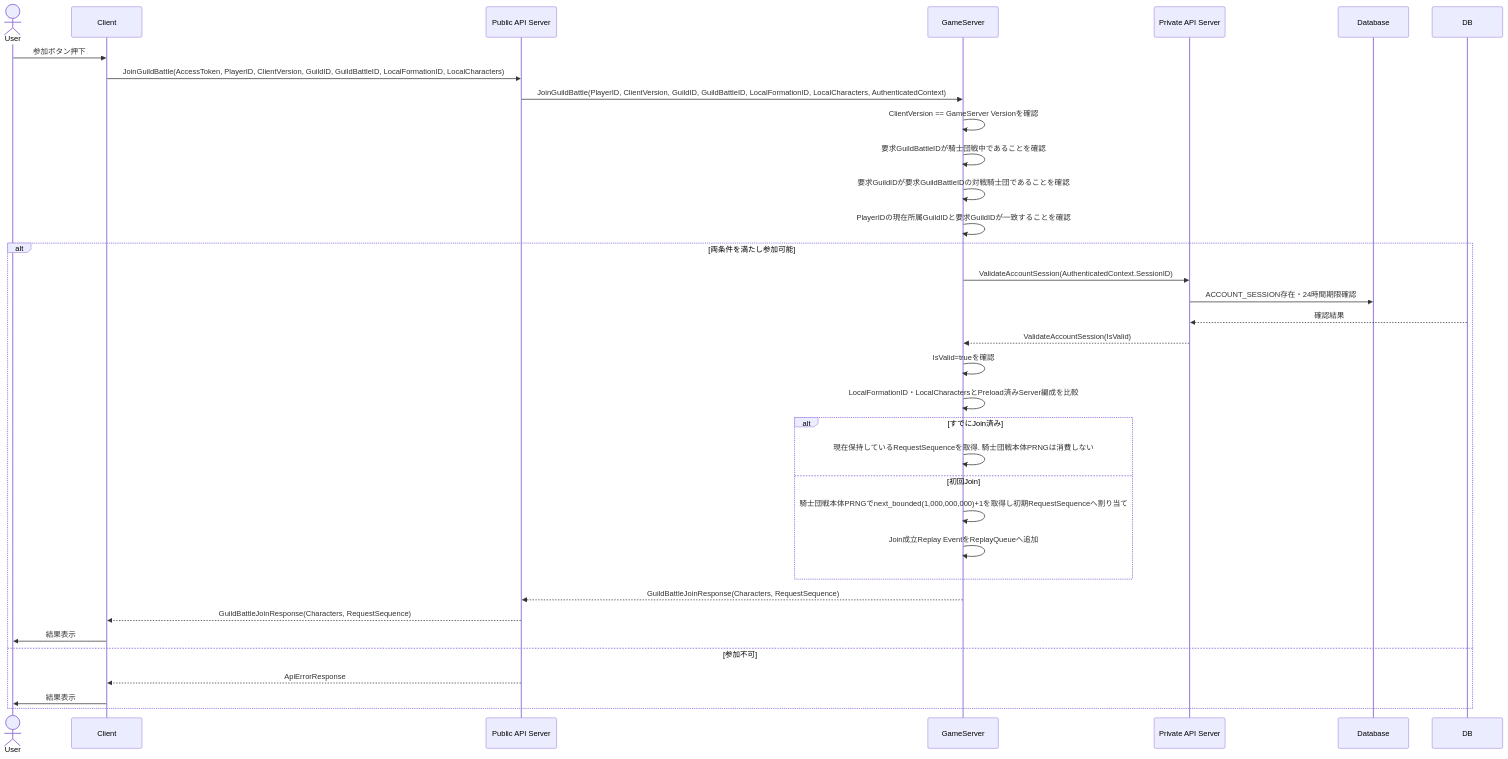
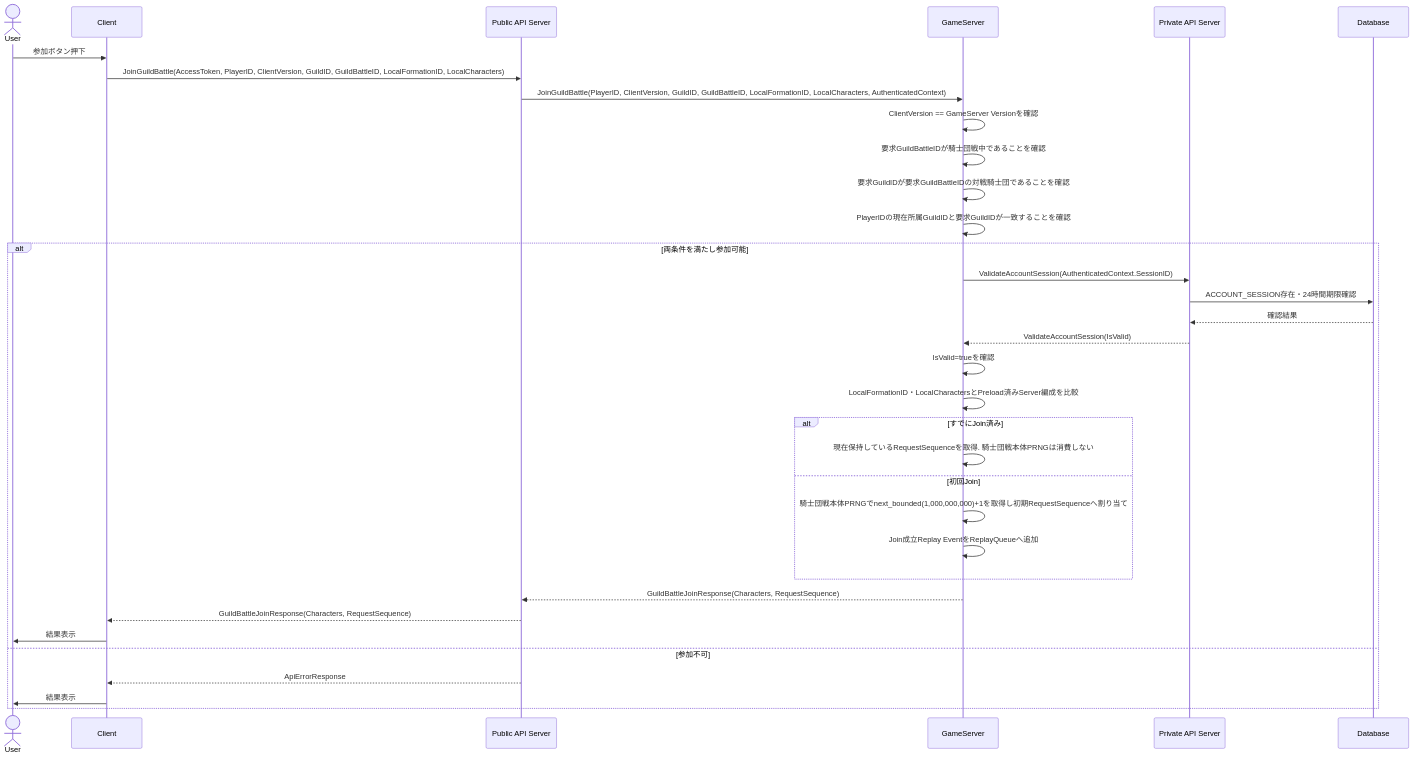
Before and after one commit to ReHydrangeaOdyssey/Specifications: the second of 13 diagrams in design/server/guild_battle.md, drawn with Mermaid. The commit also changed other lines of this file and 49 other files, not shown here.

````diff
--- a/design/server/guild_battle.md
+++ b/design/server/guild_battle.md
@@ -39,39 +39,39 @@
 ```mermaid
 sequenceDiagram
     actor User
     participant Client
     participant PublicAPIServer as Public API Server
     participant GameServer
     participant PrivateAPIServer as Private API Server
     participant Database
 
     User ->> Client: 参加ボタン押下
     Client ->> PublicAPIServer: JoinGuildBattle(AccessToken, PlayerID, ClientVersion, GuildID, GuildBattleID, LocalFormationID, LocalCharacters)
     PublicAPIServer ->> GameServer: JoinGuildBattle(PlayerID, ClientVersion, GuildID, GuildBattleID, LocalFormationID, LocalCharacters, AuthenticatedContext)
     GameServer ->> GameServer: ClientVersion == GameServer Versionを確認
     GameServer ->> GameServer: 要求GuildBattleIDが騎士団戦中であることを確認
     GameServer ->> GameServer: 要求GuildIDが要求GuildBattleIDの対戦騎士団であることを確認
     GameServer ->> GameServer: PlayerIDの現在所属GuildIDと要求GuildIDが一致することを確認
 
     alt 両条件を満たし参加可能
         GameServer ->> PrivateAPIServer: ValidateAccountSession(AuthenticatedContext.SessionID)
         PrivateAPIServer ->> Database: ACCOUNT_SESSION存在・24時間期限確認
-        DB -->> PrivateAPIServer: 確認結果
+        Database -->> PrivateAPIServer: 確認結果
         PrivateAPIServer -->> GameServer: ValidateAccountSession(IsValid)
         GameServer->>GameServer: IsValid=trueを確認
         GameServer->>GameServer: LocalFormationID・LocalCharactersとPreload済みServer編成を比較
         alt すでにJoin済み
             GameServer->>GameServer: 現在保持しているRequestSequenceを取得. 騎士団戦本体PRNGは消費しない
         else 初回Join
             GameServer->>GameServer: 騎士団戦本体PRNGでnext_bounded(1,000,000,000)+1を取得し初期RequestSequenceへ割り当て
             GameServer->>GameServer: Join成立Replay EventをReplayQueueへ追加
         end
         GameServer -->> PublicAPIServer: GuildBattleJoinResponse(Characters, RequestSequence)
         PublicAPIServer -->> Client: GuildBattleJoinResponse(Characters, RequestSequence)
         Client ->> User: 結果表示
     else 参加不可
         PublicAPIServer -->> Client: ApiErrorResponse
         Client ->> User: 結果表示
     end
 
 ```
````
